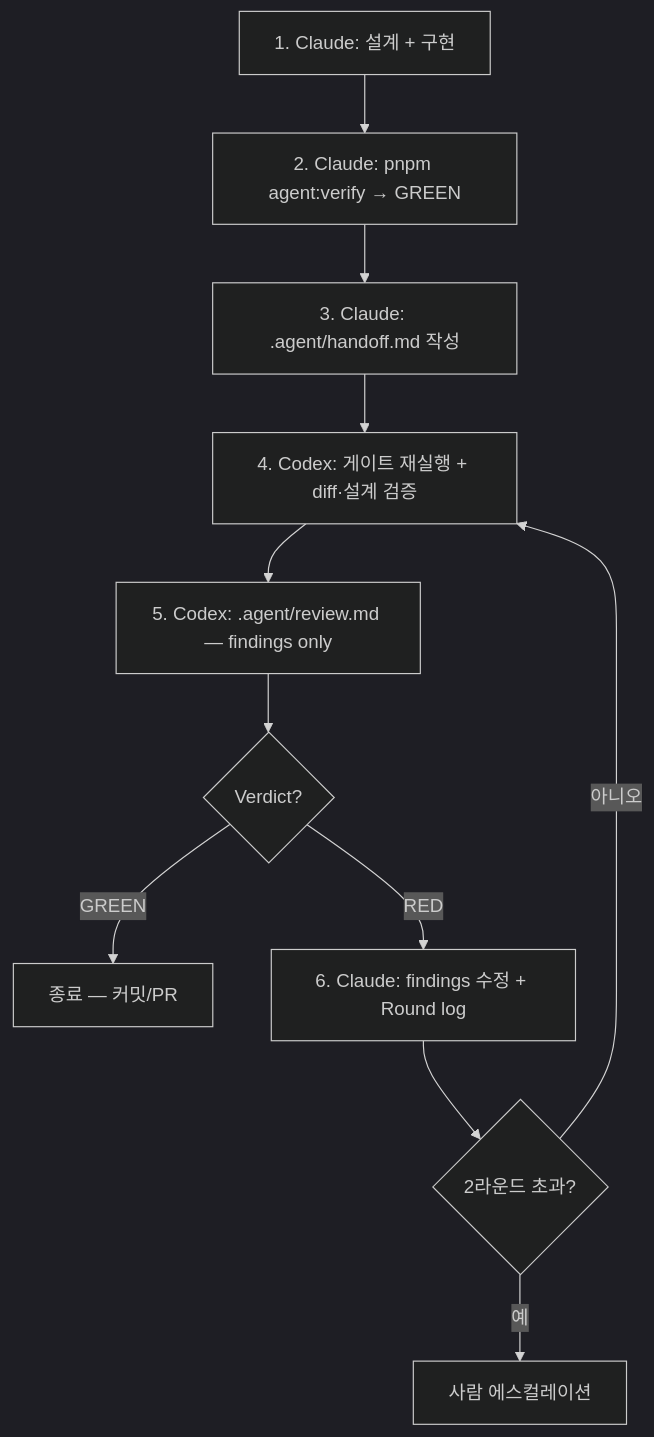
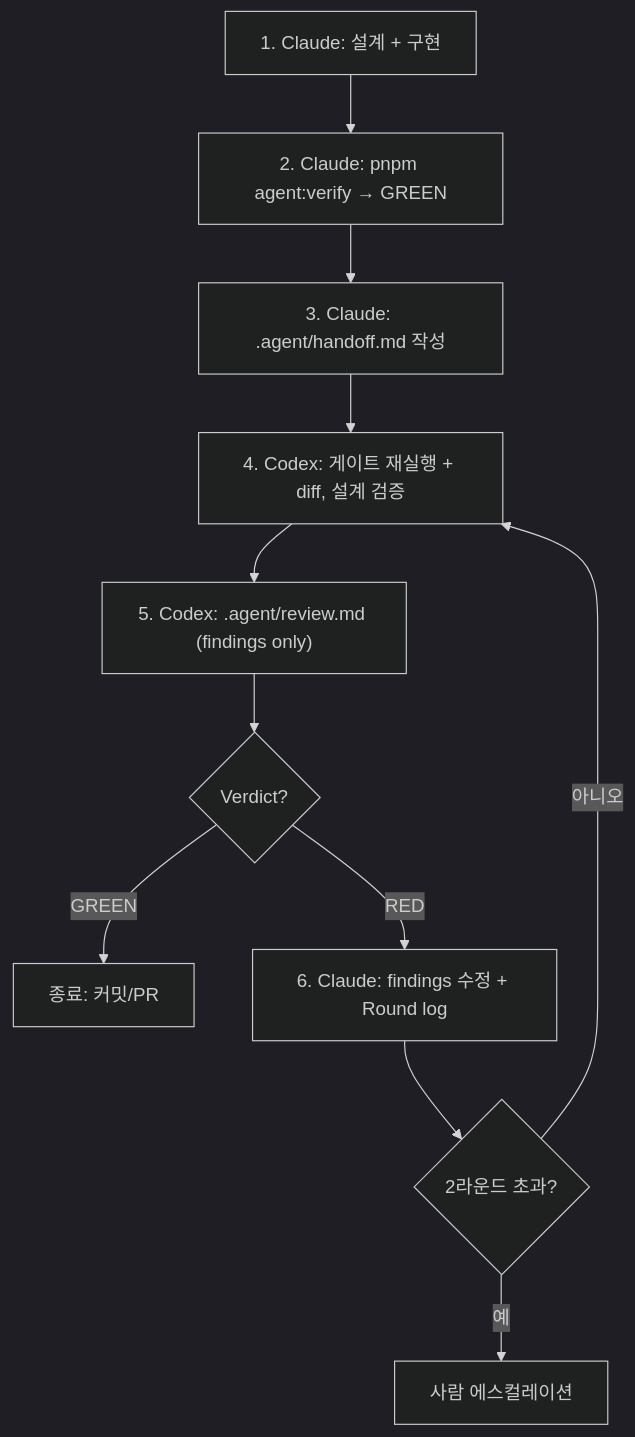
One commit to dev-frankie/dev-frankie changed the diagram in content/posts/ai/agents/cross-verification-harness.mdx. Above: the diagram before and after it, drawn with Mermaid (dark theme). The commit also changed other lines of this file and 41 other files, not shown here.

````diff
--- a/content/posts/ai/agents/cross-verification-harness.mdx
+++ b/content/posts/ai/agents/cross-verification-harness.mdx
@@ -77,13 +75,13 @@
 ```mermaid
 flowchart TD
 	A["1. Claude: 설계 + 구현"] --> B["2. Claude: pnpm agent:verify → GREEN"]
 	B --> C["3. Claude: .agent/handoff.md 작성"]
-	C --> D["4. Codex: 게이트 재실행 + diff·설계 검증"]
-	D --> E["5. Codex: .agent/review.md — findings only"]
+	C --> D["4. Codex: 게이트 재실행 + diff, 설계 검증"]
+	D --> E["5. Codex: .agent/review.md (findings only)"]
 	E --> F{"Verdict?"}
-	F -->|GREEN| G["종료 — 커밋/PR"]
+	F -->|GREEN| G["종료: 커밋/PR"]
 	F -->|RED| H["6. Claude: findings 수정 + Round log"]
 	H --> I{"2라운드 초과?"}
 	I -->|아니오| D
 	I -->|예| J["사람 에스컬레이션"]
 ```
````
